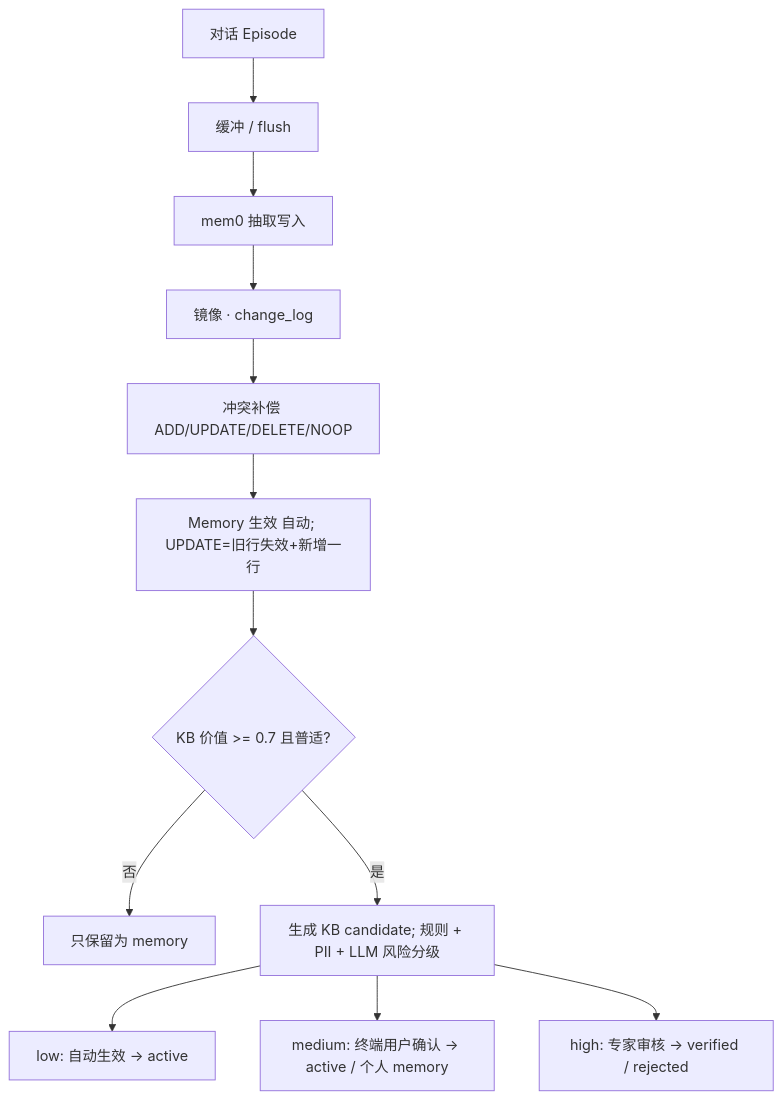
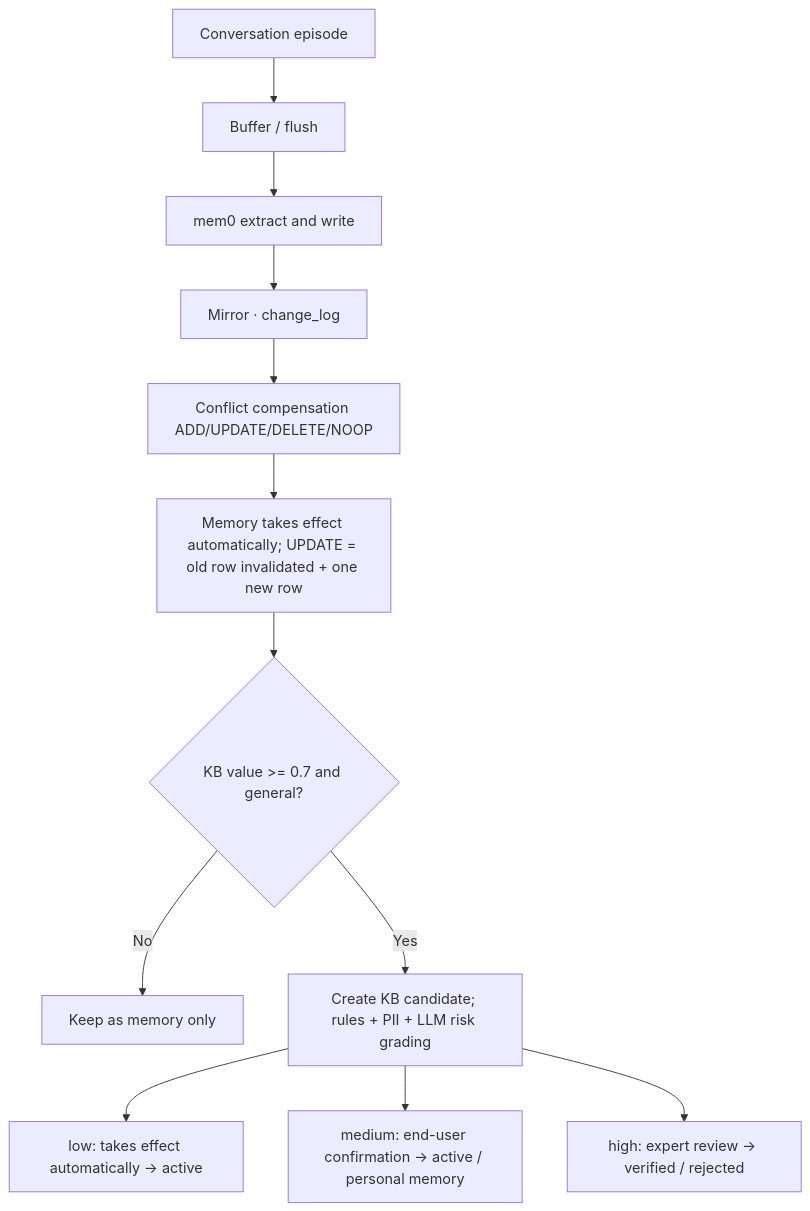
The second of 2 diagrams in docs/llm-steward-design.md (ArthurGao/llm-steward), drawn with Mermaid before and after one commit. The commit also changed other lines of this file and 2 other files, not shown here.

````diff
--- a/docs/llm-steward-design.md
+++ b/docs/llm-steward-design.md
@@ -343,11 +343,11 @@
 ```mermaid
 flowchart TB
-  E[对话 Episode] --> B[缓冲 / flush] --> X[mem0 抽取写入] --> R[镜像 · change_log] --> C[冲突补偿 ADD/UPDATE/DELETE/NOOP]
-  C --> M[Memory 生效 自动; UPDATE=旧行失效+新增一行]
-  M --> K{KB 价值 >= 0.7 且普适?}
-  K -- 否 --> KEEP[只保留为 memory]
-  K -- 是 --> CA[生成 KB candidate; 规则 + PII + LLM 风险分级]
-  CA --> L[low: 自动生效 -> active]
-  CA --> MD[medium: 终端用户确认 -> active / 个人 memory]
-  CA --> H[high: 专家审核 -> verified / rejected]
+  E[Conversation episode] --> B[Buffer / flush] --> X[mem0 extract and write] --> R[Mirror · change_log] --> C[Conflict compensation ADD/UPDATE/DELETE/NOOP]
+  C --> M["Memory takes effect automatically; UPDATE = old row invalidated + one new row"]
+  M --> K{"KB value >= 0.7 and general?"}
+  K -- No --> KEEP[Keep as memory only]
+  K -- Yes --> CA["Create KB candidate; rules + PII + LLM risk grading"]
+  CA --> L["low: takes effect automatically -> active"]
+  CA --> MD["medium: end-user confirmation -> active / personal memory"]
+  CA --> H["high: expert review -> verified / rejected"]
 ```
````
